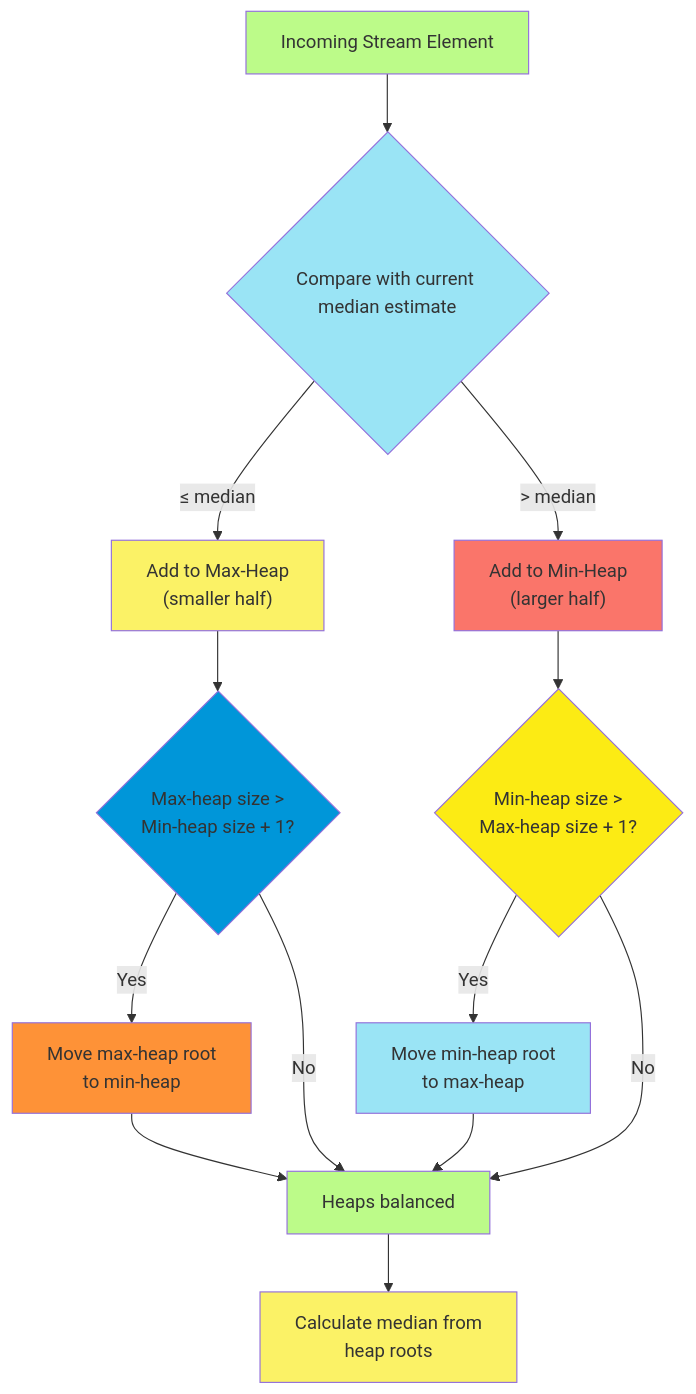
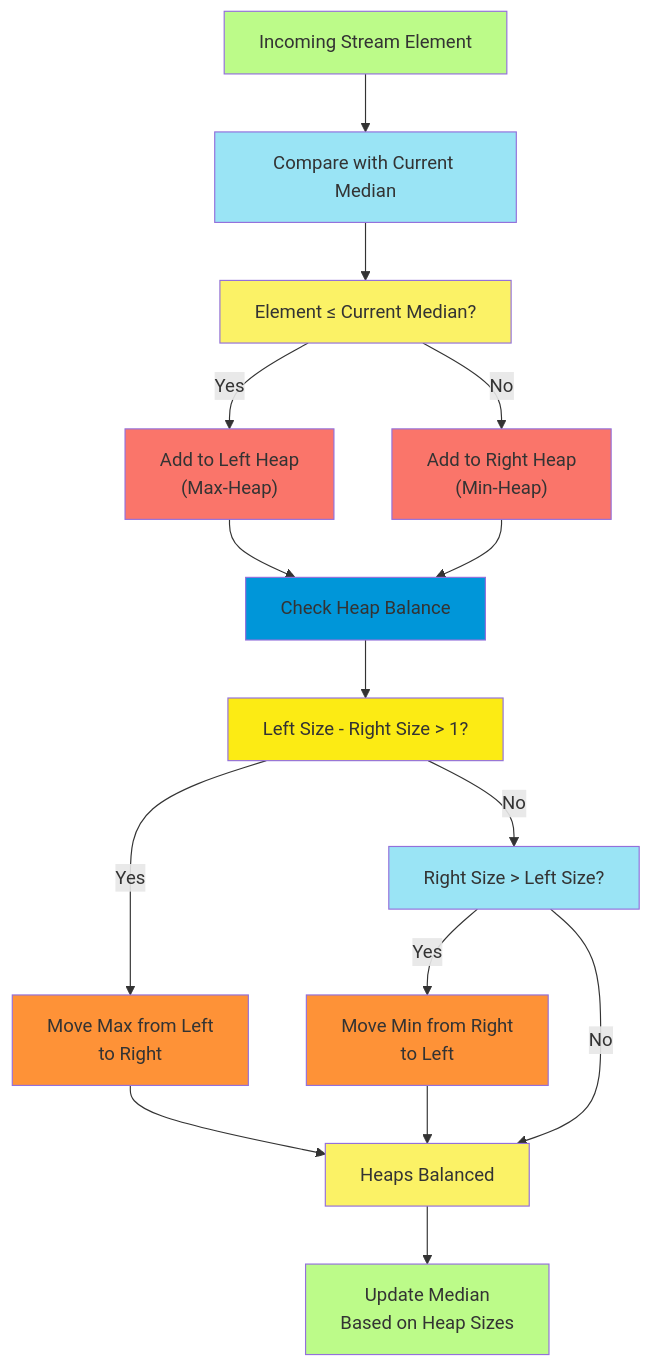
The sixth of 6 diagrams in C_8.md (Chaklader/Coding-Interview), drawn with Mermaid before and after one commit. The commit also changed other lines of this file, not shown here.

````diff
--- a/C_8.md
+++ b/C_8.md
@@ -5620,26 +1145,30 @@
 ```mermaid
 flowchart TD
-    A["Incoming Stream Element"] --> B{"Compare with current median estimate"}
-    B -->|"≤ median"| C["Add to Max-Heap<br>(smaller half)"]
-    B -->|"> median"| D["Add to Min-Heap<br>(larger half)"]
-    C --> E{"Max-heap size ><br>Min-heap size + 1?"}
-    D --> F{"Min-heap size ><br>Max-heap size + 1?"}
-    E -->|Yes| G["Move max-heap root<br>to min-heap"]
-    E -->|No| H["Heaps balanced"]
-    F -->|Yes| I["Move min-heap root<br>to max-heap"]
-    F -->|No| H
-    G --> H
-    I --> H
-    H --> J["Calculate median from<br>heap roots"]
+    A["Incoming Stream Element"] --> B["Compare with Current Median"]
+    B --> C["Element ≤ Current Median?"]
+    C -->|Yes| D["Add to Left Heap<br>(Max-Heap)"]
+    C -->|No| E["Add to Right Heap<br>(Min-Heap)"]
+    D --> F["Check Heap Balance"]
+    E --> F
+    F --> G["Left Size - Right Size > 1?"]
+    G -->|Yes| H["Move Max from Left<br>to Right"]
+    G -->|No| I["Right Size > Left Size?"]
+    I -->|Yes| J["Move Min from Right<br>to Left"]
+    I -->|No| K["Heaps Balanced"]
+    H --> K
+    J --> K
+    K --> L["Update Median<br>Based on Heap Sizes"]
 
     style A fill:#BCFB89
     style B fill:#9AE4F5
     style C fill:#FBF266
     style D fill:#FA756A
-    style E fill:#0096D9
-    style F fill:#FCEB14
-    style G fill:#FE9237
-    style H fill:#BCFB89
+    style E fill:#FA756A
+    style F fill:#0096D9
+    style G fill:#FCEB14
+    style H fill:#FE9237
     style I fill:#9AE4F5
-    style J fill:#FBF266
+    style J fill:#FE9237
+    style K fill:#FBF266
+    style L fill:#BCFB89
 ```
````
